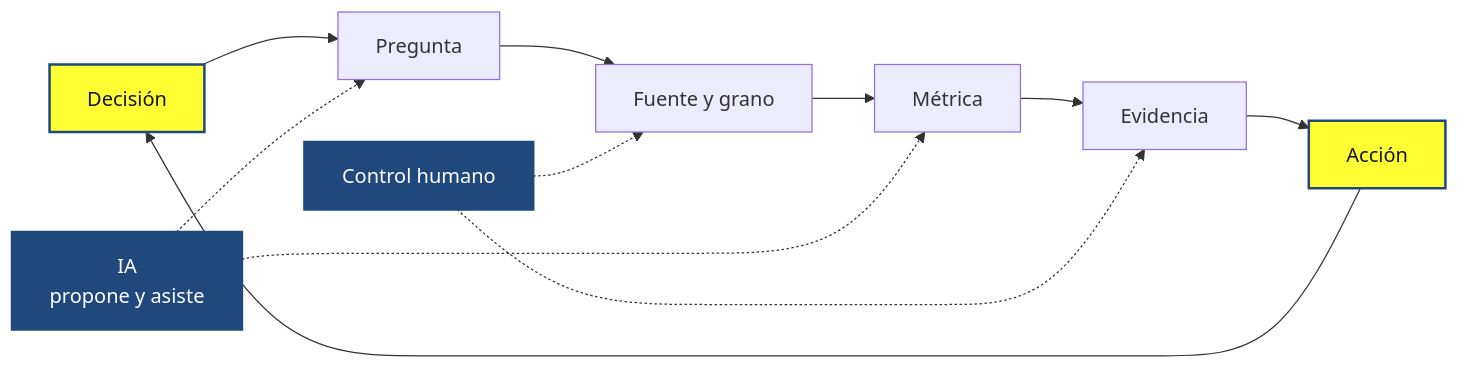
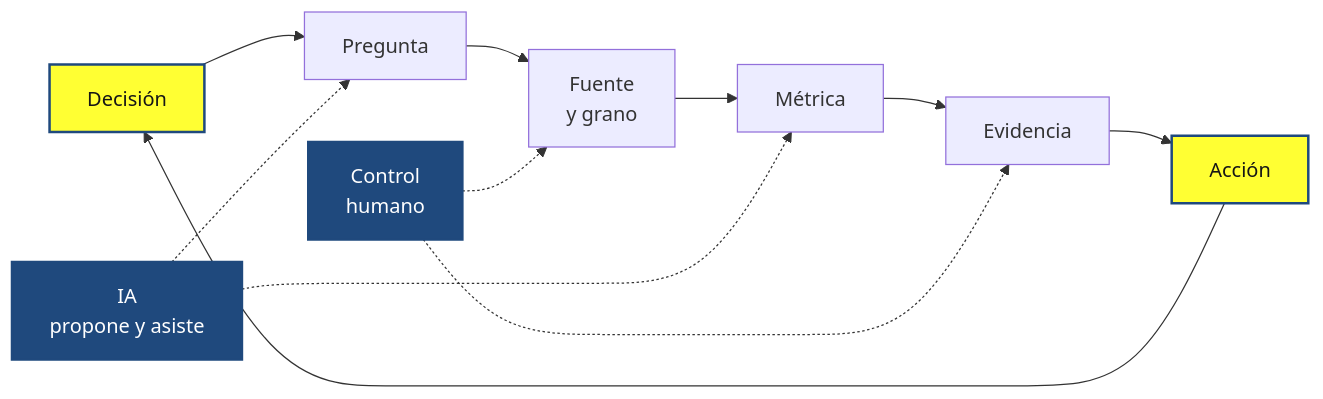
The diagram in assets/diagrams/source/u01-decision-evidencia.mmd (fncolque/analisis-datos-utn-frc-site), drawn with Mermaid before and after one commit. The commit also changed 28 other files, not shown here.

```diff
--- a/assets/diagrams/source/u01-decision-evidencia.mmd
+++ b/assets/diagrams/source/u01-decision-evidencia.mmd
@@ -1,15 +1,15 @@
 flowchart LR
     D["Decisión"] --> P["Pregunta"]
-    P --> F["Fuente y grano"]
+    P --> F["Fuente<br/>y grano"]
     F --> M["Métrica"]
     M --> E["Evidencia"]
     E --> A["Acción"]
     A --> D
     IA["IA<br/>propone y asiste"] -.-> P
     IA -.-> M
-    H["Control humano"] -.-> F
+    H["Control<br/>humano"] -.-> F
     H -.-> E
     classDef accent fill:#FFFF33,color:#151616,stroke:#1F497D,stroke-width:2px;
     classDef dark fill:#1F497D,color:#FFFFFF,stroke:#1F497D,stroke-width:2px;
     class D,A accent;
     class IA,H dark;
```
